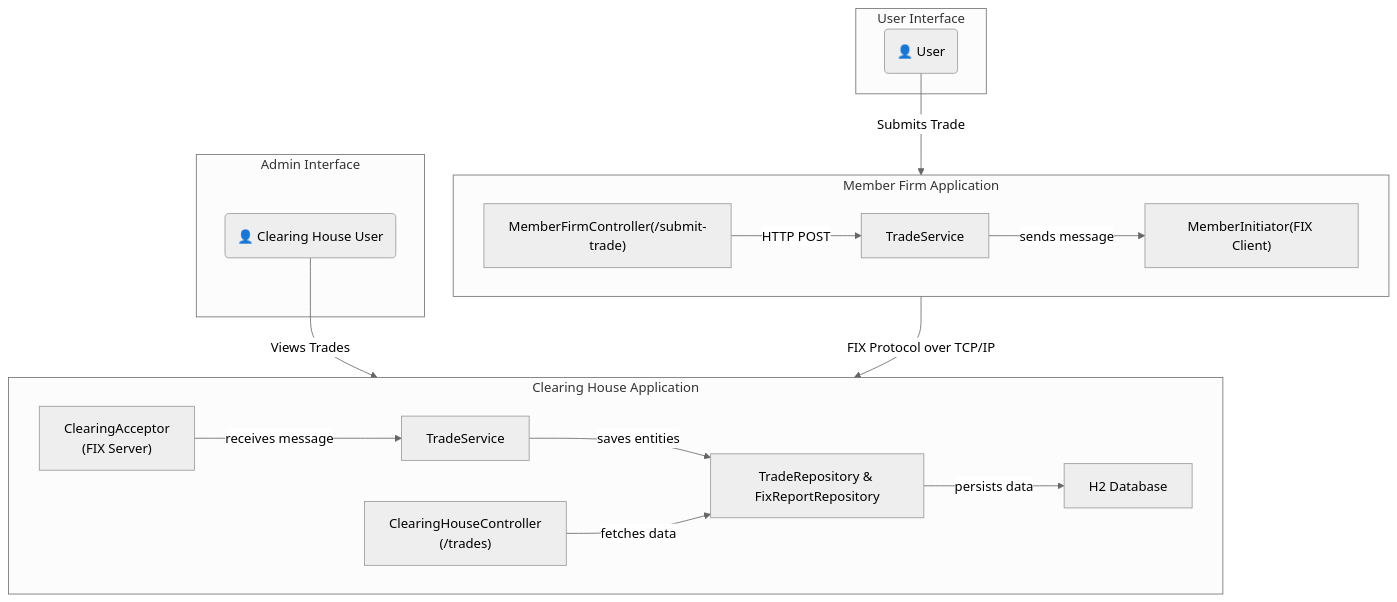
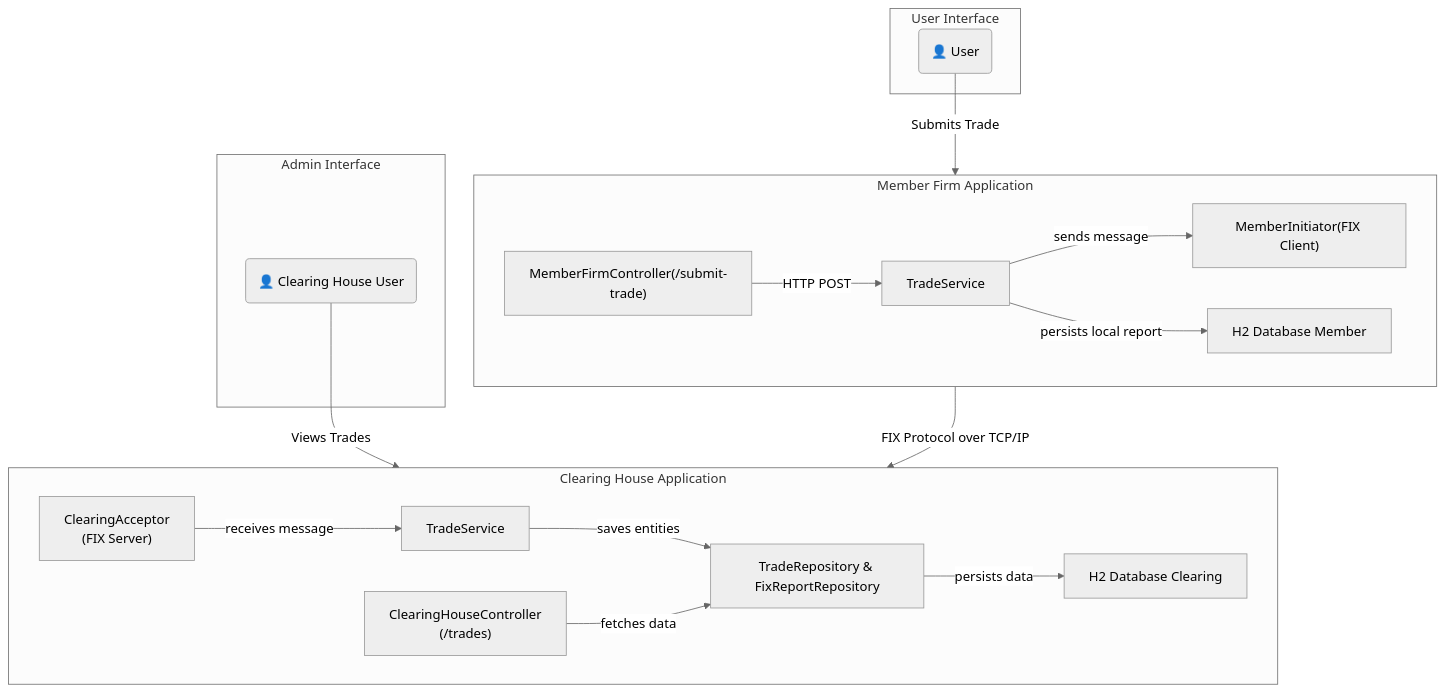
The diagram in architecture.mmd (rex-sheridan/clearing-java-fix), drawn with Mermaid (neutral theme) before and after one commit. The commit also changed other lines of this file and 5 other files, not shown here.

```diff
--- a/architecture.mmd
+++ b/architecture.mmd
@@ -1,36 +1,38 @@
 graph TD
     subgraph "User Interface"
         User("👤 User")
     end
 
     subgraph "Member Firm Application"
         direction LR
         A["MemberFirmController(/submit-trade)"]
         B[TradeService]
         C["MemberInitiator(FIX Client)"]
+        D[H2 Database Member]
         
         A -- HTTP POST --> B;
         B -- sends message --> C;
+        B -- persists local report --> D;
     end
     
     subgraph "Clearing House Application"
         direction LR
         E["ClearingAcceptor<br>(FIX Server)"]
         F[TradeService]
         G[TradeRepository & FixReportRepository]
-        H[H2 Database]
+        H[H2 Database Clearing]
         I["ClearingHouseController<br>(/trades)"]
         
         E -- receives message --> F;
         F -- saves entities --> G;
         G -- persists data --> H;
         I -- fetches data --> G;
     end
 
     subgraph "Admin Interface"
         Admin("👤 Clearing House User")
     end
 
     User -- Submits Trade --> A;
     C -- FIX Protocol over TCP/IP --> E;
     Admin -- Views Trades --> I;
```
